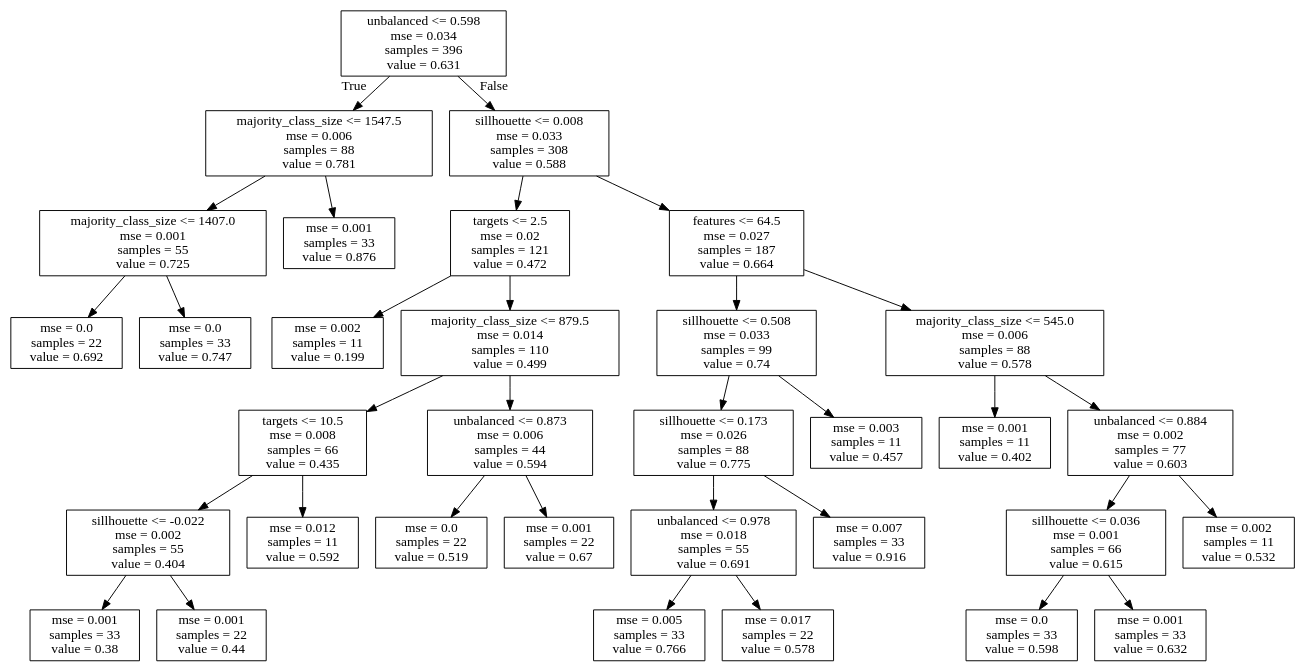
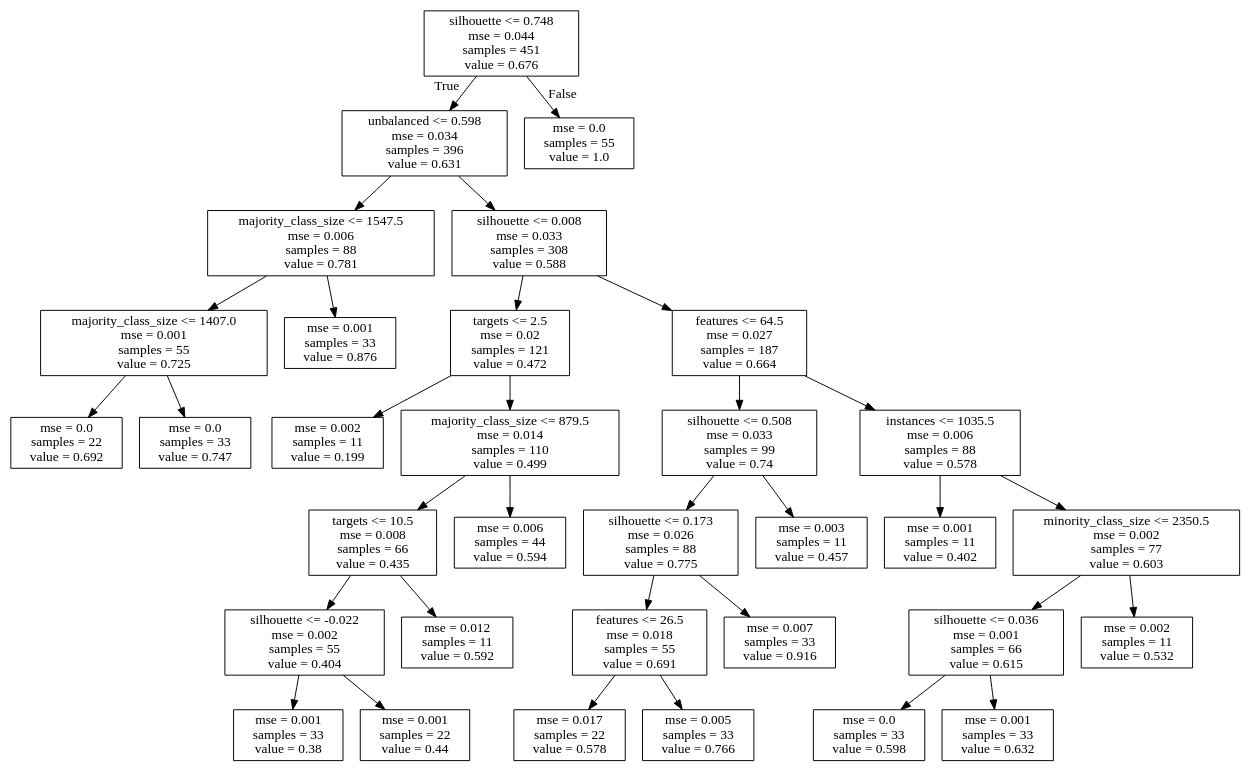
One commit to rsboos/DistributedClassifier changed the diagram in analysis/learning/regression/results/trees/mlp_f1_scores.dot. Above: the diagram before and after it, drawn with Graphviz. The commit also changed 147 other files, not shown here.

```diff
--- a/analysis/learning/regression/results/trees/mlp_f1_scores.dot
+++ b/analysis/learning/regression/results/trees/mlp_f1_scores.dot
@@ -1,68 +1,68 @@
 digraph Tree {
 node [shape=box] ;
-0 [label="unbalanced <= 0.598\nmse = 0.034\nsamples = 396\nvalue = 0.631"] ;
-1 [label="majority_class_size <= 1547.5\nmse = 0.006\nsamples = 88\nvalue = 0.781"] ;
+0 [label="silhouette <= 0.748\nmse = 0.044\nsamples = 451\nvalue = 0.676"] ;
+1 [label="unbalanced <= 0.598\nmse = 0.034\nsamples = 396\nvalue = 0.631"] ;
 0 -> 1 [labeldistance=2.5, labelangle=45, headlabel="True"] ;
-2 [label="majority_class_size <= 1407.0\nmse = 0.001\nsamples = 55\nvalue = 0.725"] ;
+2 [label="majority_class_size <= 1547.5\nmse = 0.006\nsamples = 88\nvalue = 0.781"] ;
 1 -> 2 ;
-3 [label="mse = 0.0\nsamples = 22\nvalue = 0.692"] ;
+3 [label="majority_class_size <= 1407.0\nmse = 0.001\nsamples = 55\nvalue = 0.725"] ;
 2 -> 3 ;
-4 [label="mse = 0.0\nsamples = 33\nvalue = 0.747"] ;
-2 -> 4 ;
-5 [label="mse = 0.001\nsamples = 33\nvalue = 0.876"] ;
-1 -> 5 ;
-6 [label="sillhouette <= 0.008\nmse = 0.033\nsamples = 308\nvalue = 0.588"] ;
-0 -> 6 [labeldistance=2.5, labelangle=-45, headlabel="False"] ;
-7 [label="targets <= 2.5\nmse = 0.02\nsamples = 121\nvalue = 0.472"] ;
-6 -> 7 ;
-8 [label="mse = 0.002\nsamples = 11\nvalue = 0.199"] ;
+4 [label="mse = 0.0\nsamples = 22\nvalue = 0.692"] ;
+3 -> 4 ;
+5 [label="mse = 0.0\nsamples = 33\nvalue = 0.747"] ;
+3 -> 5 ;
+6 [label="mse = 0.001\nsamples = 33\nvalue = 0.876"] ;
+2 -> 6 ;
+7 [label="silhouette <= 0.008\nmse = 0.033\nsamples = 308\nvalue = 0.588"] ;
+1 -> 7 ;
+8 [label="targets <= 2.5\nmse = 0.02\nsamples = 121\nvalue = 0.472"] ;
 7 -> 8 ;
-9 [label="majority_class_size <= 879.5\nmse = 0.014\nsamples = 110\nvalue = 0.499"] ;
-7 -> 9 ;
-10 [label="targets <= 10.5\nmse = 0.008\nsamples = 66\nvalue = 0.435"] ;
-9 -> 10 ;
-11 [label="sillhouette <= -0.022\nmse = 0.002\nsamples = 55\nvalue = 0.404"] ;
+9 [label="mse = 0.002\nsamples = 11\nvalue = 0.199"] ;
+8 -> 9 ;
+10 [label="majority_class_size <= 879.5\nmse = 0.014\nsamples = 110\nvalue = 0.499"] ;
+8 -> 10 ;
+11 [label="targets <= 10.5\nmse = 0.008\nsamples = 66\nvalue = 0.435"] ;
 10 -> 11 ;
-12 [label="mse = 0.001\nsamples = 33\nvalue = 0.38"] ;
+12 [label="silhouette <= -0.022\nmse = 0.002\nsamples = 55\nvalue = 0.404"] ;
 11 -> 12 ;
-13 [label="mse = 0.001\nsamples = 22\nvalue = 0.44"] ;
-11 -> 13 ;
-14 [label="mse = 0.012\nsamples = 11\nvalue = 0.592"] ;
-10 -> 14 ;
-15 [label="unbalanced <= 0.873\nmse = 0.006\nsamples = 44\nvalue = 0.594"] ;
-9 -> 15 ;
-16 [label="mse = 0.0\nsamples = 22\nvalue = 0.519"] ;
-15 -> 16 ;
-17 [label="mse = 0.001\nsamples = 22\nvalue = 0.67"] ;
-15 -> 17 ;
-18 [label="features <= 64.5\nmse = 0.027\nsamples = 187\nvalue = 0.664"] ;
-6 -> 18 ;
-19 [label="sillhouette <= 0.508\nmse = 0.033\nsamples = 99\nvalue = 0.74"] ;
+13 [label="mse = 0.001\nsamples = 33\nvalue = 0.38"] ;
+12 -> 13 ;
+14 [label="mse = 0.001\nsamples = 22\nvalue = 0.44"] ;
+12 -> 14 ;
+15 [label="mse = 0.012\nsamples = 11\nvalue = 0.592"] ;
+11 -> 15 ;
+16 [label="mse = 0.006\nsamples = 44\nvalue = 0.594"] ;
+10 -> 16 ;
+17 [label="features <= 64.5\nmse = 0.027\nsamples = 187\nvalue = 0.664"] ;
+7 -> 17 ;
+18 [label="silhouette <= 0.508\nmse = 0.033\nsamples = 99\nvalue = 0.74"] ;
+17 -> 18 ;
+19 [label="silhouette <= 0.173\nmse = 0.026\nsamples = 88\nvalue = 0.775"] ;
 18 -> 19 ;
-20 [label="sillhouette <= 0.173\nmse = 0.026\nsamples = 88\nvalue = 0.775"] ;
+20 [label="features <= 26.5\nmse = 0.018\nsamples = 55\nvalue = 0.691"] ;
 19 -> 20 ;
-21 [label="unbalanced <= 0.978\nmse = 0.018\nsamples = 55\nvalue = 0.691"] ;
+21 [label="mse = 0.017\nsamples = 22\nvalue = 0.578"] ;
 20 -> 21 ;
 22 [label="mse = 0.005\nsamples = 33\nvalue = 0.766"] ;
-21 -> 22 ;
-23 [label="mse = 0.017\nsamples = 22\nvalue = 0.578"] ;
-21 -> 23 ;
-24 [label="mse = 0.007\nsamples = 33\nvalue = 0.916"] ;
-20 -> 24 ;
-25 [label="mse = 0.003\nsamples = 11\nvalue = 0.457"] ;
-19 -> 25 ;
-26 [label="majority_class_size <= 545.0\nmse = 0.006\nsamples = 88\nvalue = 0.578"] ;
-18 -> 26 ;
-27 [label="mse = 0.001\nsamples = 11\nvalue = 0.402"] ;
-26 -> 27 ;
-28 [label="unbalanced <= 0.884\nmse = 0.002\nsamples = 77\nvalue = 0.603"] ;
-26 -> 28 ;
-29 [label="sillhouette <= 0.036\nmse = 0.001\nsamples = 66\nvalue = 0.615"] ;
+20 -> 22 ;
+23 [label="mse = 0.007\nsamples = 33\nvalue = 0.916"] ;
+19 -> 23 ;
+24 [label="mse = 0.003\nsamples = 11\nvalue = 0.457"] ;
+18 -> 24 ;
+25 [label="instances <= 1035.5\nmse = 0.006\nsamples = 88\nvalue = 0.578"] ;
+17 -> 25 ;
+26 [label="mse = 0.001\nsamples = 11\nvalue = 0.402"] ;
+25 -> 26 ;
+27 [label="minority_class_size <= 2350.5\nmse = 0.002\nsamples = 77\nvalue = 0.603"] ;
+25 -> 27 ;
+28 [label="silhouette <= 0.036\nmse = 0.001\nsamples = 66\nvalue = 0.615"] ;
+27 -> 28 ;
+29 [label="mse = 0.0\nsamples = 33\nvalue = 0.598"] ;
 28 -> 29 ;
-30 [label="mse = 0.0\nsamples = 33\nvalue = 0.598"] ;
-29 -> 30 ;
-31 [label="mse = 0.001\nsamples = 33\nvalue = 0.632"] ;
-29 -> 31 ;
-32 [label="mse = 0.002\nsamples = 11\nvalue = 0.532"] ;
-28 -> 32 ;
+30 [label="mse = 0.001\nsamples = 33\nvalue = 0.632"] ;
+28 -> 30 ;
+31 [label="mse = 0.002\nsamples = 11\nvalue = 0.532"] ;
+27 -> 31 ;
+32 [label="mse = 0.0\nsamples = 55\nvalue = 1.0"] ;
+0 -> 32 [labeldistance=2.5, labelangle=-45, headlabel="False"] ;
 }
```
